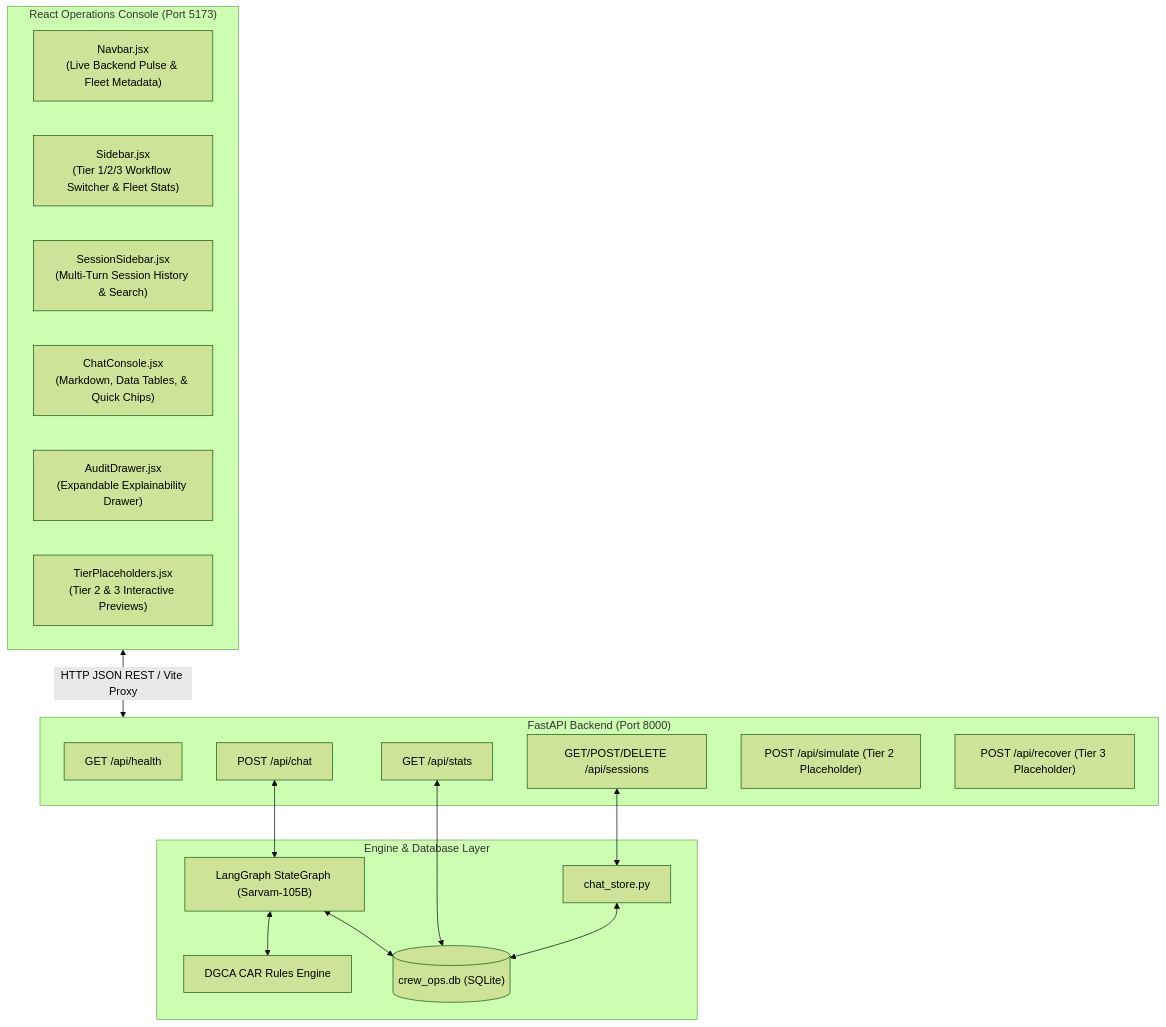
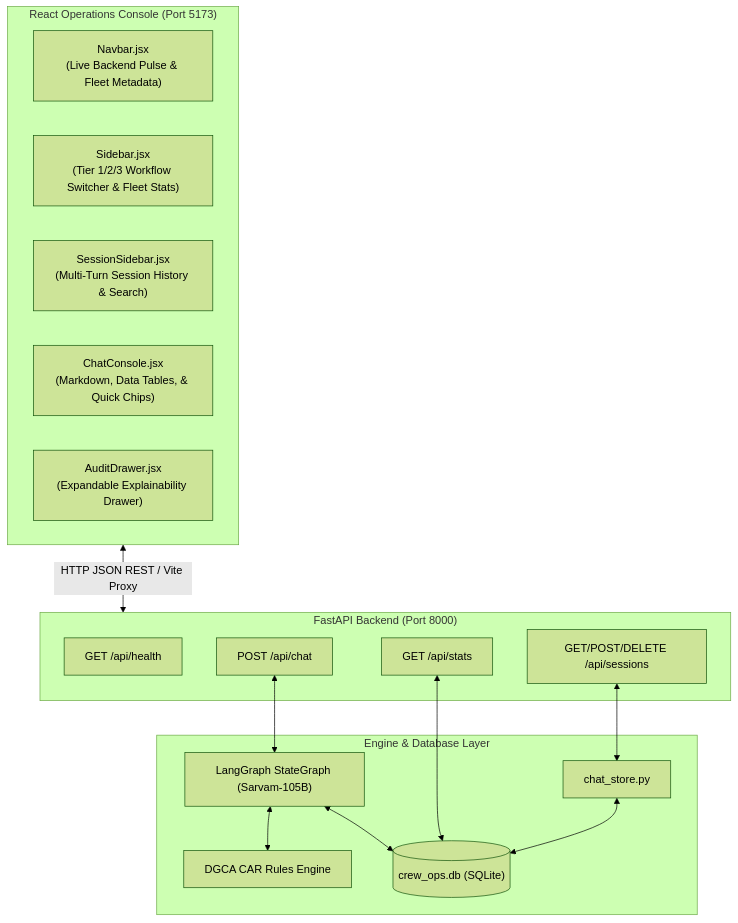
One commit to Aayush4396/bessemer-dcortex-crew-ops changed the first of 2 diagrams in docs/FULLSTACK_APP.md. Above: the diagram before and after it, drawn with Mermaid (forest theme). The commit also changed other lines of this file and 12 other files, not shown here.

````diff
--- a/docs/FULLSTACK_APP.md
+++ b/docs/FULLSTACK_APP.md
@@ -11,34 +11,31 @@
 ```mermaid
 flowchart TD
     subgraph Browser ["React Operations Console (Port 5173)"]
         UI_Nav["Navbar.jsx\n(Live Backend Pulse & Fleet Metadata)"]
         UI_Sidebar["Sidebar.jsx\n(Tier 1/2/3 Workflow Switcher & Fleet Stats)"]
         UI_Sessions["SessionSidebar.jsx\n(Multi-Turn Session History & Search)"]
         UI_Chat["ChatConsole.jsx\n(Markdown, Data Tables, & Quick Chips)"]
         UI_Audit["AuditDrawer.jsx\n(Expandable Explainability Drawer)"]
-        UI_Placeholders["TierPlaceholders.jsx\n(Tier 2 & 3 Interactive Previews)"]
     end
 
     subgraph API ["FastAPI Backend (Port 8000)"]
         H_Health["GET /api/health"]
         H_Stats["GET /api/stats"]
         H_Chat["POST /api/chat"]
         H_Sessions["GET/POST/DELETE /api/sessions"]
-        H_Sim["POST /api/simulate (Tier 2 Placeholder)"]
-        H_Rec["POST /api/recover (Tier 3 Placeholder)"]
     end
 
     subgraph Core ["Engine & Database Layer"]
         Agent["LangGraph StateGraph (Sarvam-105B)"]
         Rules["DGCA CAR Rules Engine"]
         Store["chat_store.py"]
         DB[("crew_ops.db (SQLite)")]
     end
 
     Browser <-->|HTTP JSON REST / Vite Proxy| API
     H_Chat <--> Agent
     H_Sessions <--> Store <--> DB
     H_Stats <--> DB
     Agent <--> Rules
     Agent <--> DB
 ```
````
